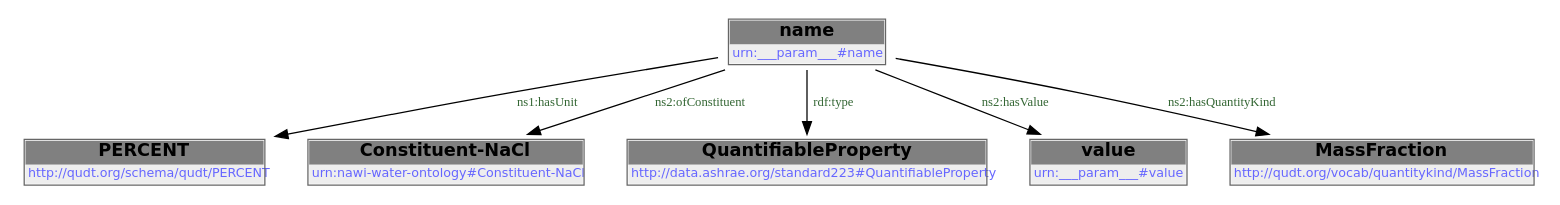
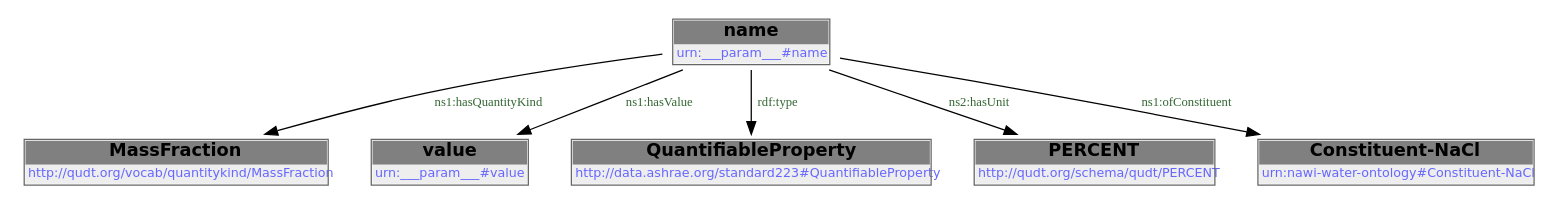
The second of 2 diagrams in docs/libraries/templates/constituent-salt.rst (DataDrivenCPS/water-ontology), drawn with Graphviz before and after one commit. The commit also changed other lines of this file and 33 other files, not shown here.

```diff
--- a/docs/libraries/templates/constituent-salt.rst
+++ b/docs/libraries/templates/constituent-salt.rst
@@ -84,16 +84,16 @@
         .. graphviz::
 
                 digraph G {
             node [fontname="DejaVu Sans"];
-            node0 -> node1 [color=BLACK, label=< <font point-size='10' color='#336633'>ns1:hasUnit</font> >];
-            node0 -> node2 [color=BLACK, label=< <font point-size='10' color='#336633'>ns2:ofConstituent</font> >];
+            node0 -> node1 [color=BLACK, label=< <font point-size='10' color='#336633'>ns1:hasQuantityKind</font> >];
+            node0 -> node2 [color=BLACK, label=< <font point-size='10' color='#336633'>ns1:hasValue</font> >];
             node0 -> node3 [color=BLACK, label=< <font point-size='10' color='#336633'>rdf:type</font> >];
-            node0 -> node4 [color=BLACK, label=< <font point-size='10' color='#336633'>ns2:hasValue</font> >];
-            node0 -> node5 [color=BLACK, label=< <font point-size='10' color='#336633'>ns2:hasQuantityKind</font> >];
+            node0 -> node4 [color=BLACK, label=< <font point-size='10' color='#336633'>ns2:hasUnit</font> >];
+            node0 -> node5 [color=BLACK, label=< <font point-size='10' color='#336633'>ns1:ofConstituent</font> >];
             node0 [shape=none, color=black, label=< <table color='#666666' cellborder='0' cellspacing='0' border='1'><tr><td colspan='2' bgcolor='grey'><B>name</B></td></tr><tr><td href='urn:___param___#name' bgcolor='#eeeeee' colspan='2'><font point-size='10' color='#6666ff'>urn:___param___#name</font></td></tr></table> >];
-            node1 [shape=none, color=black, label=< <table color='#666666' cellborder='0' cellspacing='0' border='1'><tr><td colspan='2' bgcolor='grey'><B>PERCENT</B></td></tr><tr><td href='http://qudt.org/schema/qudt/PERCENT' bgcolor='#eeeeee' colspan='2'><font point-size='10' color='#6666ff'>http://qudt.org/schema/qudt/PERCENT</font></td></tr></table> >];
-            node2 [shape=none, color=black, label=< <table color='#666666' cellborder='0' cellspacing='0' border='1'><tr><td colspan='2' bgcolor='grey'><B>Constituent-NaCl</B></td></tr><tr><td href='urn:nawi-water-ontology#Constituent-NaCl' bgcolor='#eeeeee' colspan='2'><font point-size='10' color='#6666ff'>urn:nawi-water-ontology#Constituent-NaCl</font></td></tr></table> >];
+            node1 [shape=none, color=black, label=< <table color='#666666' cellborder='0' cellspacing='0' border='1'><tr><td colspan='2' bgcolor='grey'><B>MassFraction</B></td></tr><tr><td href='http://qudt.org/vocab/quantitykind/MassFraction' bgcolor='#eeeeee' colspan='2'><font point-size='10' color='#6666ff'>http://qudt.org/vocab/quantitykind/MassFraction</font></td></tr></table> >];
+            node2 [shape=none, color=black, label=< <table color='#666666' cellborder='0' cellspacing='0' border='1'><tr><td colspan='2' bgcolor='grey'><B>value</B></td></tr><tr><td href='urn:___param___#value' bgcolor='#eeeeee' colspan='2'><font point-size='10' color='#6666ff'>urn:___param___#value</font></td></tr></table> >];
             node3 [shape=none, color=black, label=< <table color='#666666' cellborder='0' cellspacing='0' border='1'><tr><td colspan='2' bgcolor='grey'><B>QuantifiableProperty</B></td></tr><tr><td href='http://data.ashrae.org/standard223#QuantifiableProperty' bgcolor='#eeeeee' colspan='2'><font point-size='10' color='#6666ff'>http://data.ashrae.org/standard223#QuantifiableProperty</font></td></tr></table> >];
-            node4 [shape=none, color=black, label=< <table color='#666666' cellborder='0' cellspacing='0' border='1'><tr><td colspan='2' bgcolor='grey'><B>value</B></td></tr><tr><td href='urn:___param___#value' bgcolor='#eeeeee' colspan='2'><font point-size='10' color='#6666ff'>urn:___param___#value</font></td></tr></table> >];
-            node5 [shape=none, color=black, label=< <table color='#666666' cellborder='0' cellspacing='0' border='1'><tr><td colspan='2' bgcolor='grey'><B>MassFraction</B></td></tr><tr><td href='http://qudt.org/vocab/quantitykind/MassFraction' bgcolor='#eeeeee' colspan='2'><font point-size='10' color='#6666ff'>http://qudt.org/vocab/quantitykind/MassFraction</font></td></tr></table> >];
+            node4 [shape=none, color=black, label=< <table color='#666666' cellborder='0' cellspacing='0' border='1'><tr><td colspan='2' bgcolor='grey'><B>PERCENT</B></td></tr><tr><td href='http://qudt.org/schema/qudt/PERCENT' bgcolor='#eeeeee' colspan='2'><font point-size='10' color='#6666ff'>http://qudt.org/schema/qudt/PERCENT</font></td></tr></table> >];
+            node5 [shape=none, color=black, label=< <table color='#666666' cellborder='0' cellspacing='0' border='1'><tr><td colspan='2' bgcolor='grey'><B>Constituent-NaCl</B></td></tr><tr><td href='urn:nawi-water-ontology#Constituent-NaCl' bgcolor='#eeeeee' colspan='2'><font point-size='10' color='#6666ff'>urn:nawi-water-ontology#Constituent-NaCl</font></td></tr></table> >];
             }
```
